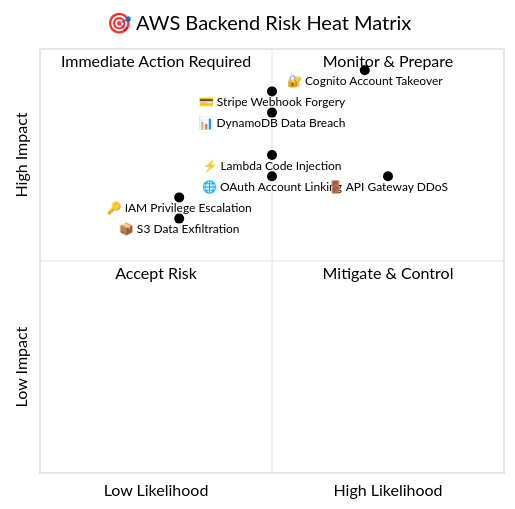
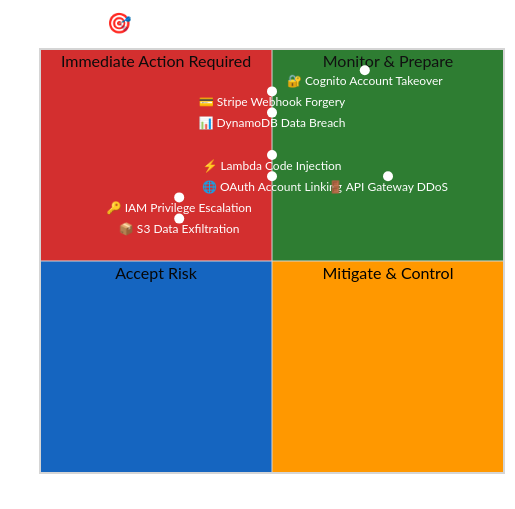
The fifth of 5 diagrams in FUTURE_THREAT_MODEL.md (Hack23/blacktrigram), drawn with Mermaid before and after one commit. The commit also changed other lines of this file and 20 other files, not shown here.

First line of the commit message:
fix: add theme init directives to all 215 mermaid blocks and fix dark/light mode colors

````diff
--- a/FUTURE_THREAT_MODEL.md
+++ b/FUTURE_THREAT_MODEL.md
@@ -624,29 +624,33 @@
 ```mermaid
-%%{
-  init: {
-    'theme': 'base',
-    'themeVariables': {
-      'primaryColor': '#fff',
-      'primaryTextColor': '#000',
-      'lineColor': '#333'
-    }
+%%{init: {
+  "theme": "neutral",
+  "themeVariables": {
+    "quadrant1Fill": "#2E7D32",
+    "quadrant2Fill": "#D32F2F",
+    "quadrant3Fill": "#1565C0",
+    "quadrant4Fill": "#FF9800",
+    "quadrantTitleFill": "#ffffff",
+    "quadrantPointFill": "#ffffff",
+    "quadrantPointTextFill": "#ffffff",
+    "quadrantXAxisTextFill": "#ffffff",
+    "quadrantYAxisTextFill": "#ffffff"
   }
-}%%
+}}%%
 quadrantChart
     title 🎯 AWS Backend Risk Heat Matrix
     x-axis Low Likelihood --> High Likelihood
     y-axis Low Impact --> High Impact
     quadrant-1 Monitor & Prepare
     quadrant-2 Immediate Action Required
     quadrant-3 Accept Risk
     quadrant-4 Mitigate & Control
 
     "🔐 Cognito Account Takeover": [0.7, 0.95]
     "💳 Stripe Webhook Forgery": [0.5, 0.9]
     "📊 DynamoDB Data Breach": [0.5, 0.85]
     "⚡ Lambda Code Injection": [0.5, 0.75]
     "🚪 API Gateway DDoS": [0.75, 0.7]
     "🌐 OAuth Account Linking": [0.5, 0.7]
     "📦 S3 Data Exfiltration": [0.3, 0.6]
     "🔑 IAM Privilege Escalation": [0.3, 0.65]
 ```
````
